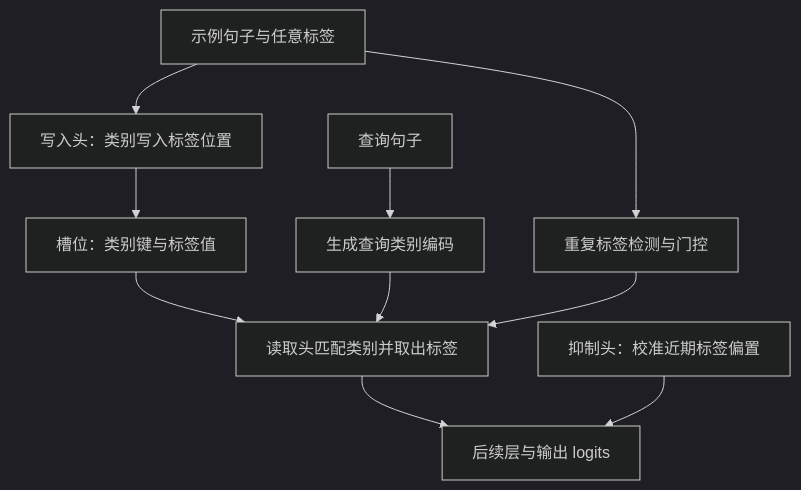
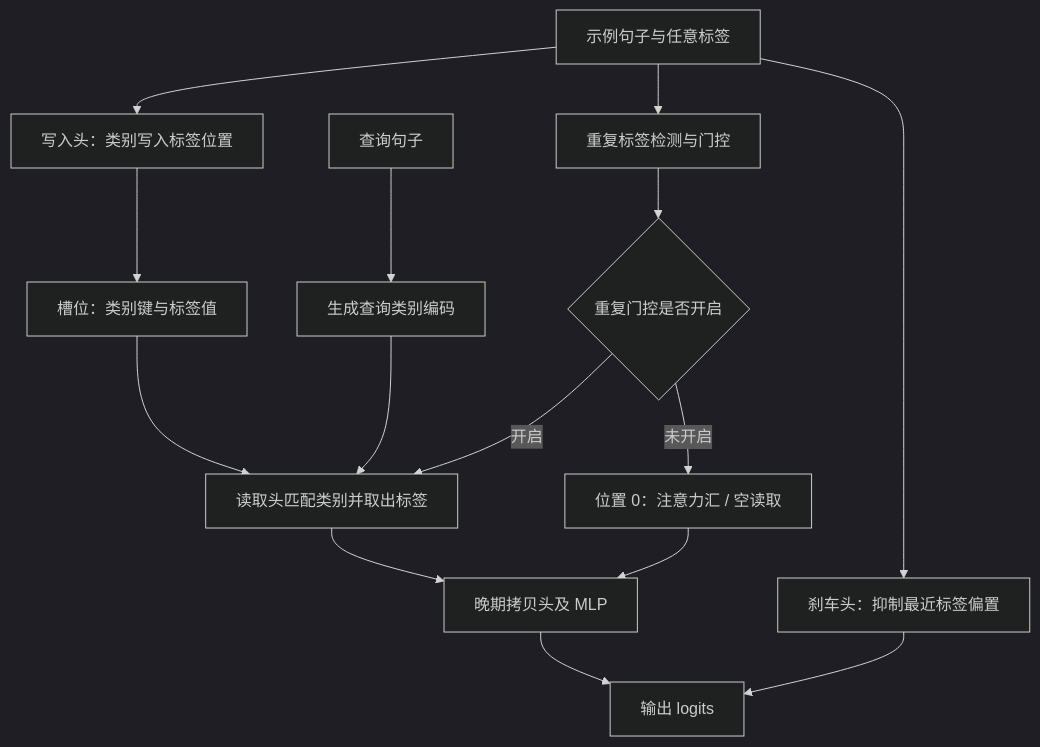
Before and after one commit to ImChong/Robotics_Notebooks: the first of 2 diagrams in wiki/entities/paper-a-circuit-for-in-context-learning.md, drawn with Mermaid (dark theme). The commit also changed other lines of this file, not shown here.

````diff
--- a/wiki/entities/paper-a-circuit-for-in-context-learning.md
+++ b/wiki/entities/paper-a-circuit-for-in-context-learning.md
@@ -86,12 +88,17 @@
 ```mermaid
 flowchart TD
   A["示例句子与任意标签"] --> B["写入头：类别写入标签位置"]
   A --> C["重复标签检测与门控"]
   B --> D["槽位：类别键与标签值"]
   Q["查询句子"] --> E["生成查询类别编码"]
   D --> F["读取头匹配类别并取出标签"]
   E --> F
-  C --> F
-  F --> G["后续层与输出 logits"]
-  H["抑制头：校准近期标签偏置"] --> G
+  C --> X{"重复门控是否开启"}
+  X -->|开启| F
+  X -->|未开启| S["位置 0：注意力汇 / 空读取"]
+  F --> P["晚期拷贝头及 MLP"]
+  P --> G["输出 logits"]
+  S --> P
+  A --> H["刹车头：抑制最近标签偏置"]
+  H --> G
 ```
````
